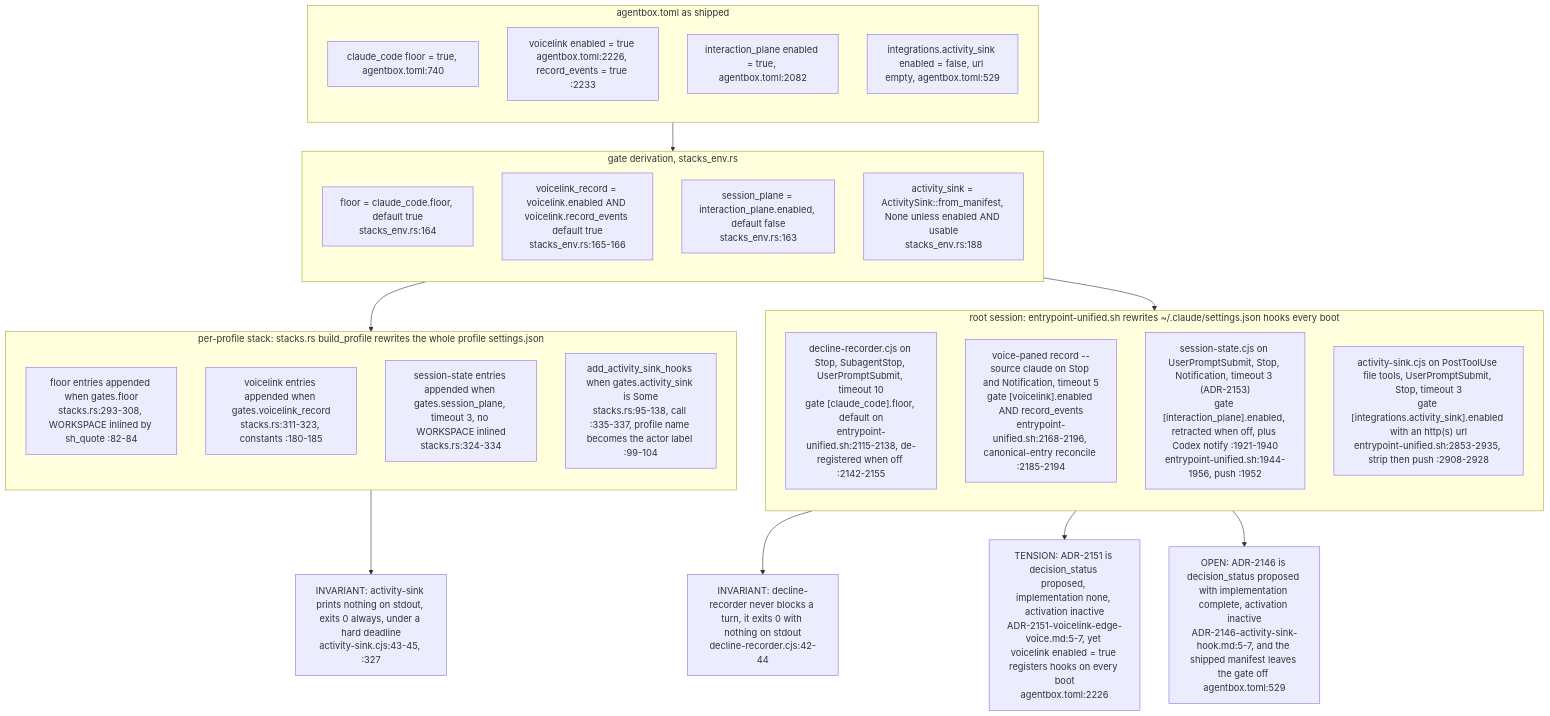
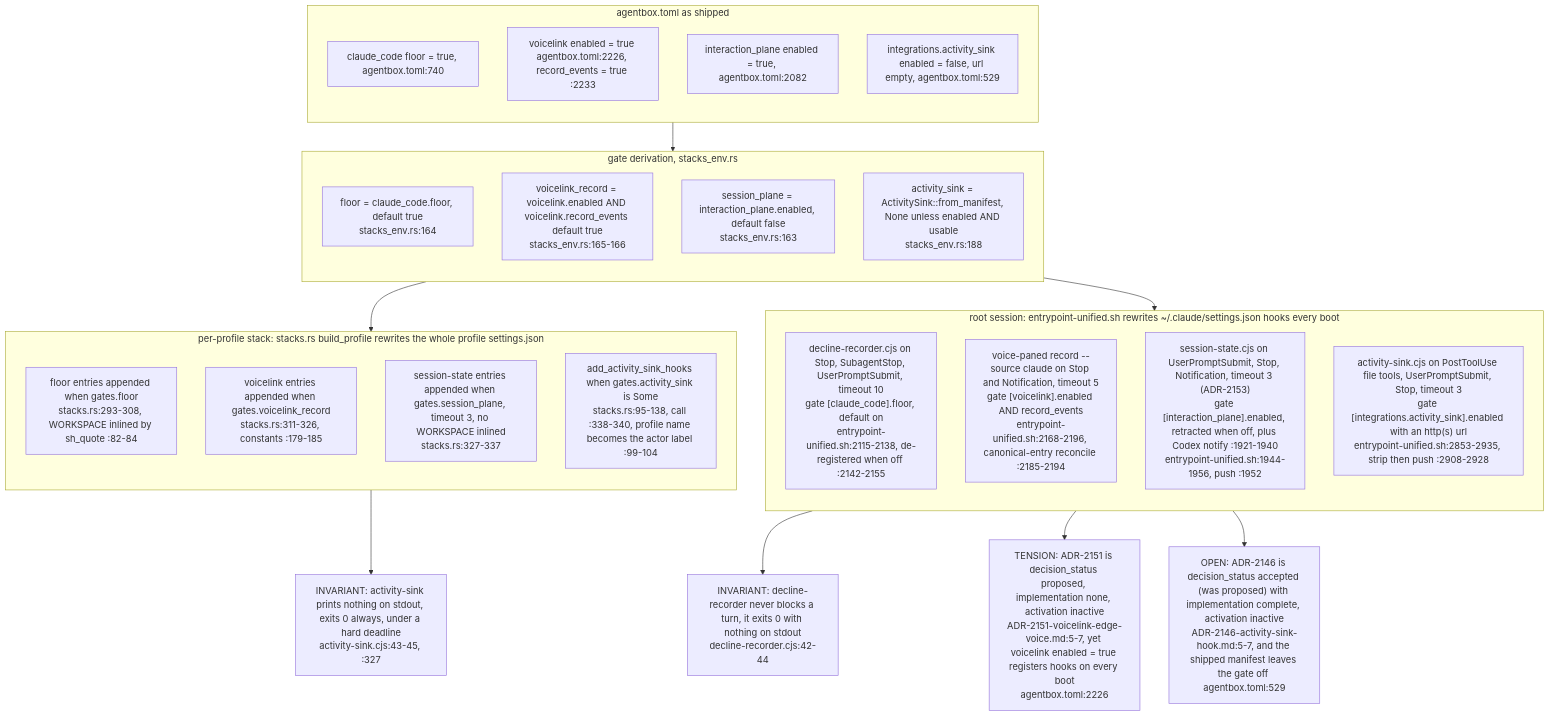
Diagram 13 of 13 in docs/diagrams/agentbox/08-hooks-pipeline.md (DreamLab-AI/VisionFlow), drawn with Mermaid before and after one commit. The commit also changed other lines of this file and 151 other files, not shown here.

````diff
--- a/docs/diagrams/agentbox/08-hooks-pipeline.md
+++ b/docs/diagrams/agentbox/08-hooks-pipeline.md
@@ -579,41 +579,41 @@
 ```mermaid
 flowchart TB
     subgraph ROOT["root session: entrypoint-unified.sh rewrites ~/.claude/settings.json hooks every boot"]
     direction TB
     R1["decline-recorder.cjs on Stop, SubagentStop, UserPromptSubmit, timeout 10<br/>gate [claude_code].floor, default on<br/>entrypoint-unified.sh:2115-2138, de-registered when off :2142-2155"]
     R2["voice-paned record --source claude on Stop and Notification, timeout 5<br/>gate [voicelink].enabled AND record_events<br/>entrypoint-unified.sh:2168-2196, canonical-entry reconcile :2185-2194"]
     R4["session-state.cjs on UserPromptSubmit, Stop, Notification, timeout 3 (ADR-2153)<br/>gate [interaction_plane].enabled, retracted when off, plus Codex notify :1921-1940<br/>entrypoint-unified.sh:1944-1956, push :1952"]
     R3["activity-sink.cjs on PostToolUse file tools, UserPromptSubmit, Stop, timeout 3<br/>gate [integrations.activity_sink].enabled with an http(s) url<br/>entrypoint-unified.sh:2853-2935, strip then push :2908-2928"]
     end
     subgraph PROF["per-profile stack: stacks.rs build_profile rewrites the whole profile settings.json"]
     direction TB
     P1["floor entries appended when gates.floor<br/>stacks.rs:293-308, WORKSPACE inlined by sh_quote :82-84"]
-    P2["voicelink entries appended when gates.voicelink_record<br/>stacks.rs:311-323, constants :180-185"]
-    P4["session-state entries appended when gates.session_plane, timeout 3, no WORKSPACE inlined<br/>stacks.rs:324-334"]
-    P3["add_activity_sink_hooks when gates.activity_sink is Some<br/>stacks.rs:95-138, call :335-337, profile name becomes the actor label :99-104"]
+    P2["voicelink entries appended when gates.voicelink_record<br/>stacks.rs:311-326, constants :179-185"]
+    P4["session-state entries appended when gates.session_plane, timeout 3, no WORKSPACE inlined<br/>stacks.rs:327-337"]
+    P3["add_activity_sink_hooks when gates.activity_sink is Some<br/>stacks.rs:95-138, call :338-340, profile name becomes the actor label :99-104"]
     end
     subgraph GATE["gate derivation, stacks_env.rs"]
     direction TB
     G1["floor = claude_code.floor, default true<br/>stacks_env.rs:164"]
     G2["voicelink_record = voicelink.enabled AND voicelink.record_events default true<br/>stacks_env.rs:165-166"]
     G4["session_plane = interaction_plane.enabled, default false<br/>stacks_env.rs:163"]
     G3["activity_sink = ActivitySink::from_manifest, None unless enabled AND usable<br/>stacks_env.rs:188"]
     end
     subgraph MAN["agentbox.toml as shipped"]
     direction TB
     M1["claude_code floor = true, agentbox.toml:740"]
     M2["voicelink enabled = true agentbox.toml:2226, record_events = true :2233"]
     M4["interaction_plane enabled = true, agentbox.toml:2082"]
     M3["integrations.activity_sink enabled = false, url empty, agentbox.toml:529"]
     end
     MAN --> GATE --> PROF
     GATE --> ROOT
     NOTE1["INVARIANT: decline-recorder never blocks a turn, it exits 0 with nothing on stdout<br/>decline-recorder.cjs:42-44"]
     NOTE2["INVARIANT: activity-sink prints nothing on stdout, exits 0 always, under a hard deadline<br/>activity-sink.cjs:43-45, :327"]
     NOTE3["TENSION: ADR-2151 is decision_status proposed, implementation none, activation inactive<br/>ADR-2151-voicelink-edge-voice.md:5-7, yet voicelink enabled = true registers hooks on every boot<br/>agentbox.toml:2226"]
-    NOTE4["OPEN: ADR-2146 is decision_status proposed with implementation complete, activation inactive<br/>ADR-2146-activity-sink-hook.md:5-7, and the shipped manifest leaves the gate off agentbox.toml:529"]
+    NOTE4["OPEN: ADR-2146 is decision_status accepted (was proposed) with implementation complete, activation inactive<br/>ADR-2146-activity-sink-hook.md:5-7, and the shipped manifest leaves the gate off agentbox.toml:529"]
     ROOT --> NOTE1
     PROF --> NOTE2
     ROOT --> NOTE3
     ROOT --> NOTE4
 ```
````
